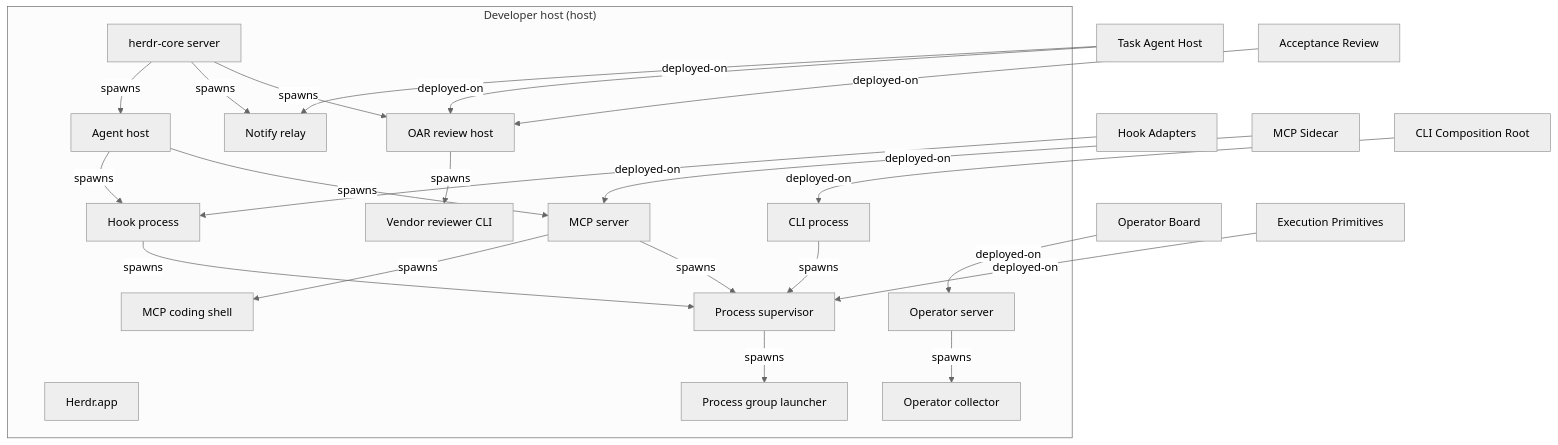
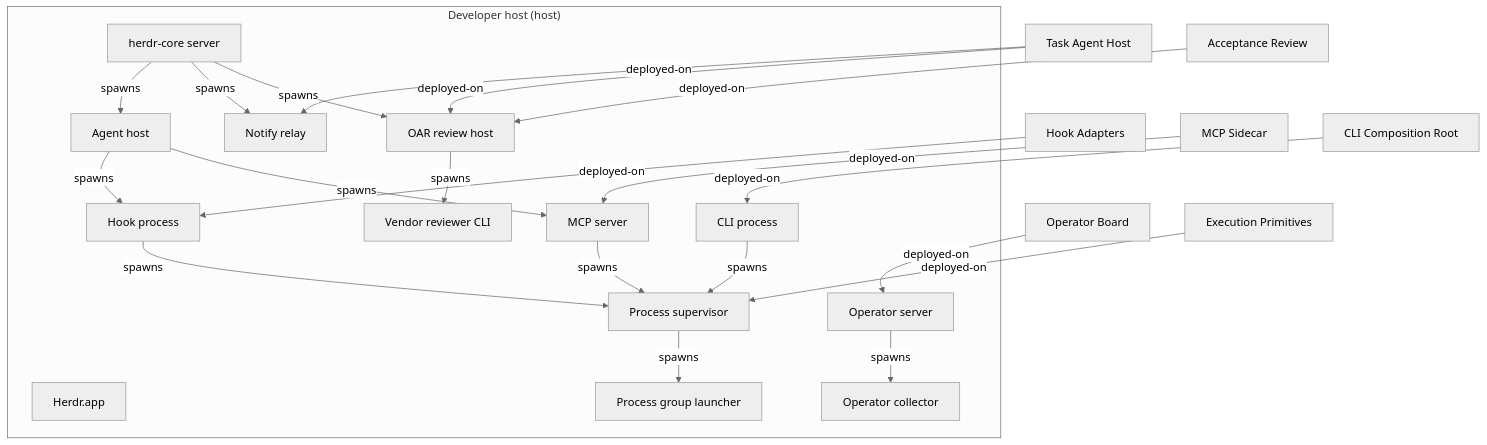
One commit to Ancienttwo/repo-harness changed the diagram in docs/architecture/diagrams/runtime-topology.mmd. Above: the diagram before and after it, drawn with Mermaid (neutral theme). The commit also changed 19 other files, not shown here.

First line of the commit message:
chore(projection): refresh generated architecture outputs for main@5a92c31ccf98

```diff
--- a/docs/architecture/diagrams/runtime-topology.mmd
+++ b/docs/architecture/diagrams/runtime-topology.mmd
@@ -1,45 +1,43 @@
 %% Generated by ArchContext. Native model remains source of truth.
 flowchart TB
   subgraph namespace_host_developer["Developer host (host)"]
     process_agent_host["Agent host"]
     process_cli["CLI process"]
     process_herdr_app["Herdr.app"]
     process_herdr_core_server["herdr-core server"]
     process_hook["Hook process"]
-    process_mcp_coding_shell["MCP coding shell"]
     process_mcp_server["MCP server"]
     process_notify_relay["Notify relay"]
     process_oar_review_host["OAR review host"]
     process_operator_collector["Operator collector"]
     process_operator_server["Operator server"]
     process_process_group_launcher["Process group launcher"]
     process_process_supervisor["Process supervisor"]
     process_vendor_cli["Vendor reviewer CLI"]
   end
   capability_runtime_harness_hook_adapters["Hook Adapters"]
   capability_runtime_harness_mcp_sidecar["MCP Sidecar"]
   capability_runtime_harness_operator["Operator Board"]
   capability_runtime_harness_task_agent_host["Task Agent Host"]
   capability_verification_acceptance_review["Acceptance Review"]
   capability_workflow_engine_execution_primitives["Execution Primitives"]
   component_global_runtime_reconciliation_cli_root["CLI Composition Root"]
   capability_verification_acceptance_review -->|"deployed-on"| process_oar_review_host
   process_agent_host -->|"spawns"| process_hook
   process_agent_host -->|"spawns"| process_mcp_server
   component_global_runtime_reconciliation_cli_root -->|"deployed-on"| process_cli
   process_cli -->|"spawns"| process_process_supervisor
   capability_workflow_engine_execution_primitives -->|"deployed-on"| process_process_supervisor
   process_herdr_core_server -->|"spawns"| process_agent_host
   process_herdr_core_server -->|"spawns"| process_notify_relay
   process_herdr_core_server -->|"spawns"| process_oar_review_host
   capability_runtime_harness_hook_adapters -->|"deployed-on"| process_hook
   process_hook -->|"spawns"| process_process_supervisor
-  process_mcp_server -->|"spawns"| process_mcp_coding_shell
   process_mcp_server -->|"spawns"| process_process_supervisor
   capability_runtime_harness_mcp_sidecar -->|"deployed-on"| process_mcp_server
   process_oar_review_host -->|"spawns"| process_vendor_cli
   process_operator_server -->|"spawns"| process_operator_collector
   capability_runtime_harness_operator -->|"deployed-on"| process_operator_server
   process_process_supervisor -->|"spawns"| process_process_group_launcher
   capability_runtime_harness_task_agent_host -->|"deployed-on"| process_notify_relay
   capability_runtime_harness_task_agent_host -->|"deployed-on"| process_oar_review_host
```
